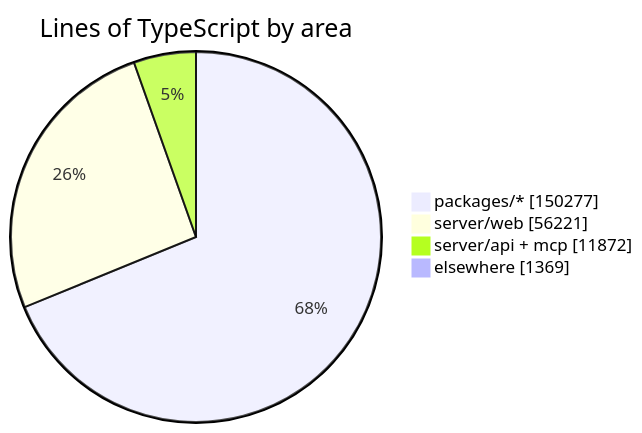
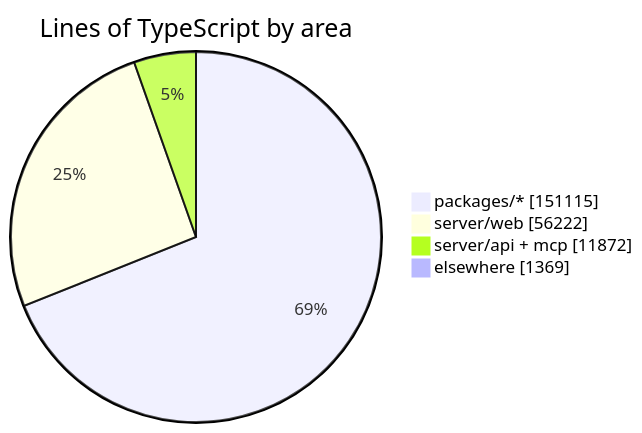
One commit to crossworks-engineering/mantle changed the diagram in README.md. Above: the diagram before and after it, drawn with Mermaid. The commit also changed other lines of this file and 2 other files, not shown here.

````diff
--- a/README.md
+++ b/README.md
@@ -279,7 +279,7 @@
 ```mermaid
 pie showData title Lines of TypeScript by area
-    "packages/*" : 150277
-    "server/web" : 56221
+    "packages/*" : 151115
+    "server/web" : 56222
     "server/api + mcp" : 11872
     "elsewhere" : 1369
 ```
````
